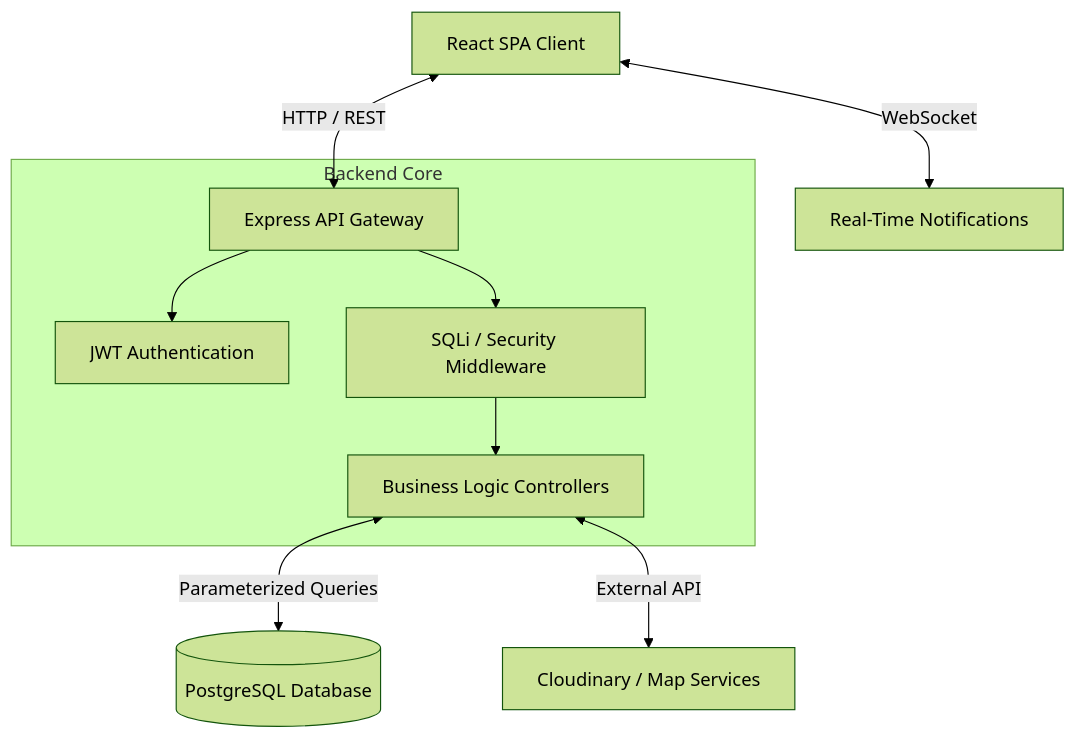
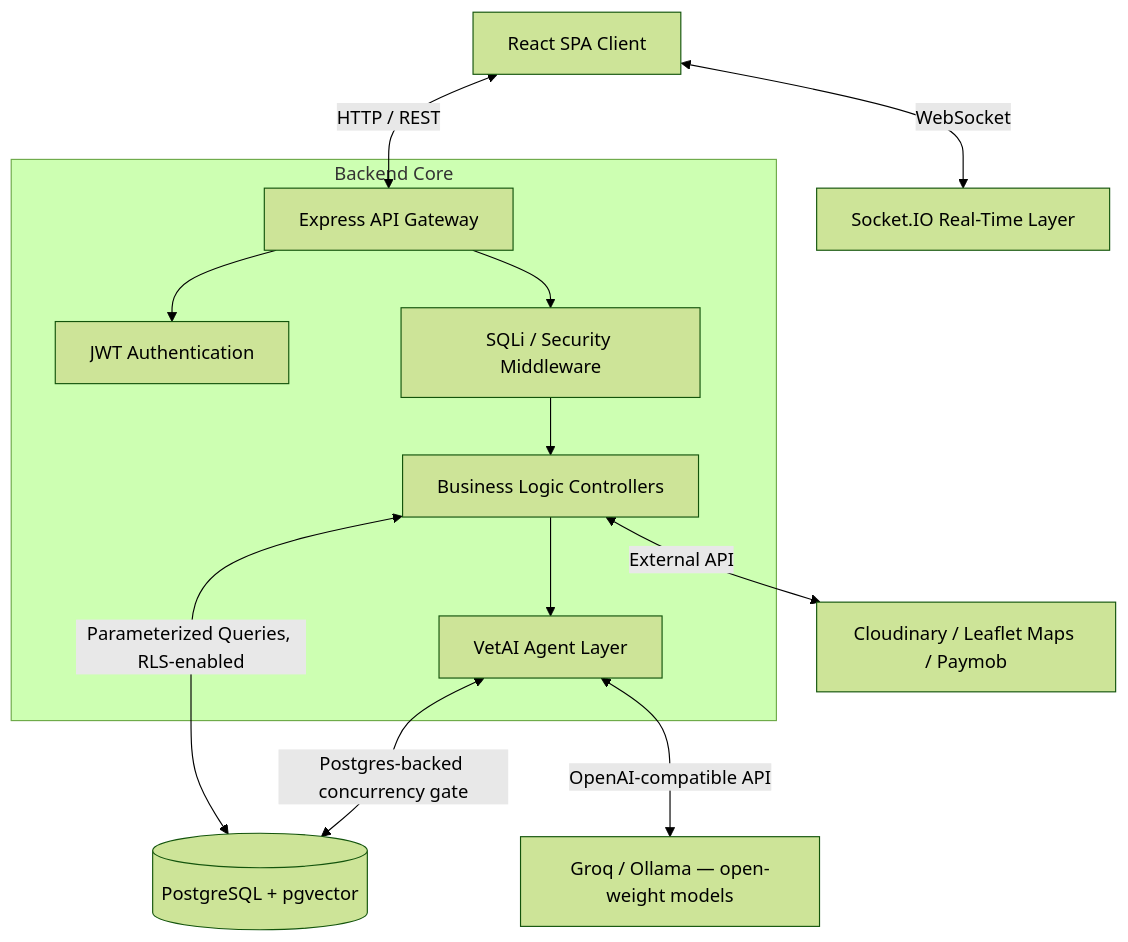
Before and after one commit to laila2005/Mewoo: the diagram in README.md, drawn with Mermaid (forest theme). The commit also changed other lines of this file, not shown here.

````diff
--- a/README.md
+++ b/README.md
@@ -78,14 +81,17 @@
 ```mermaid
 graph TD
     Client[React SPA Client] <-->|HTTP / REST| API[Express API Gateway]
-    Client <-->|WebSocket| Socket[Real-Time Notifications]
-    
+    Client <-->|WebSocket| Socket[Socket.IO Real-Time Layer]
+
     subgraph Backend Core
         API --> Auth[JWT Authentication]
         API --> Sec[SQLi / Security Middleware]
         Sec --> Controllers[Business Logic Controllers]
+        Controllers --> AI[VetAI Agent Layer]
     end
-    
-    Controllers <--> |Parameterized Queries| DB[(PostgreSQL Database)]
-    Controllers <--> |External API| Cloud[Cloudinary / Map Services]
+
+    Controllers <--> |Parameterized Queries, RLS-enabled| DB[(PostgreSQL + pgvector)]
+    AI <--> |Postgres-backed concurrency gate| DB
+    AI <--> |OpenAI-compatible API| LLM[Groq / Ollama — open-weight models]
+    Controllers <--> |External API| Cloud[Cloudinary / Leaflet Maps / Paymob]
 ```
````
